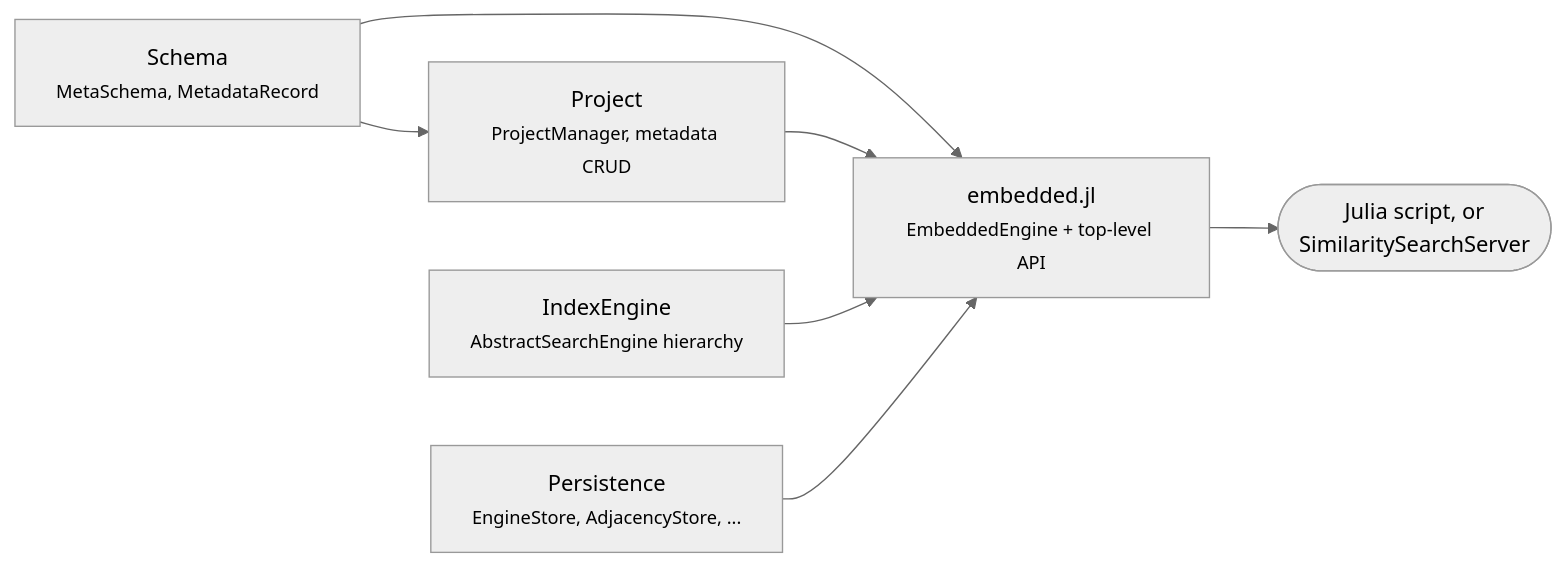
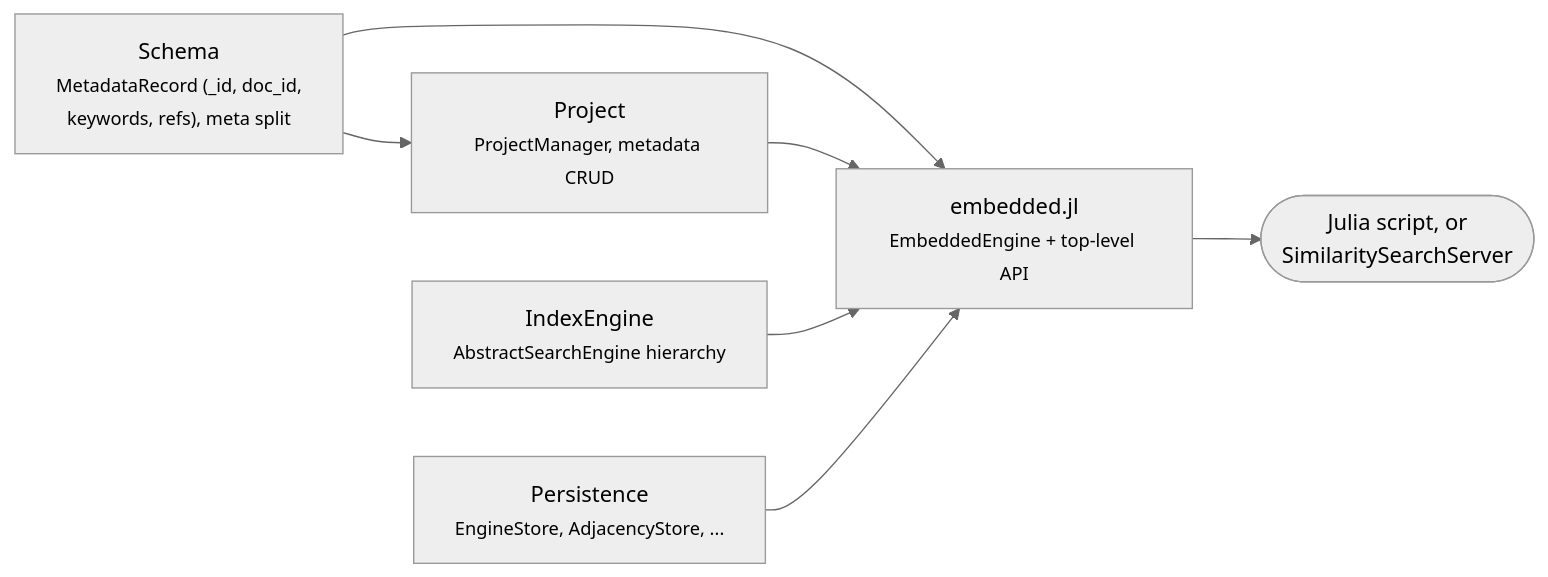
The first of 8 diagrams in manual/architecture.qmd (sadit/SimilaritySearchEngine.jl), drawn with Mermaid (neutral theme) before and after one commit. The commit also changed other lines of this file and 12 other files, not shown here.

````diff
--- a/manual/architecture.qmd
+++ b/manual/architecture.qmd
@@ -20,16 +21,16 @@
 ```{mermaid}
 flowchart LR
-    Schema["Schema<br/><small>MetaSchema, MetadataRecord</small>"]
+    Schema["Schema<br/><small>MetadataRecord (_id, doc_id,<br/>keywords, refs), meta split</small>"]
     Project["Project<br/><small>ProjectManager, metadata CRUD</small>"]
     IndexEngine["IndexEngine<br/><small>AbstractSearchEngine hierarchy</small>"]
     Persistence["Persistence<br/><small>EngineStore, AdjacencyStore, ...</small>"]
     Embedded["embedded.jl<br/><small>EmbeddedEngine + top-level API</small>"]
     Caller(["Julia script, or<br/>SimilaritySearchServer"])
 
     Schema --> Project
     Schema --> Embedded
     Project --> Embedded
     IndexEngine --> Embedded
     Persistence --> Embedded
     Embedded --> Caller
 ```
````
